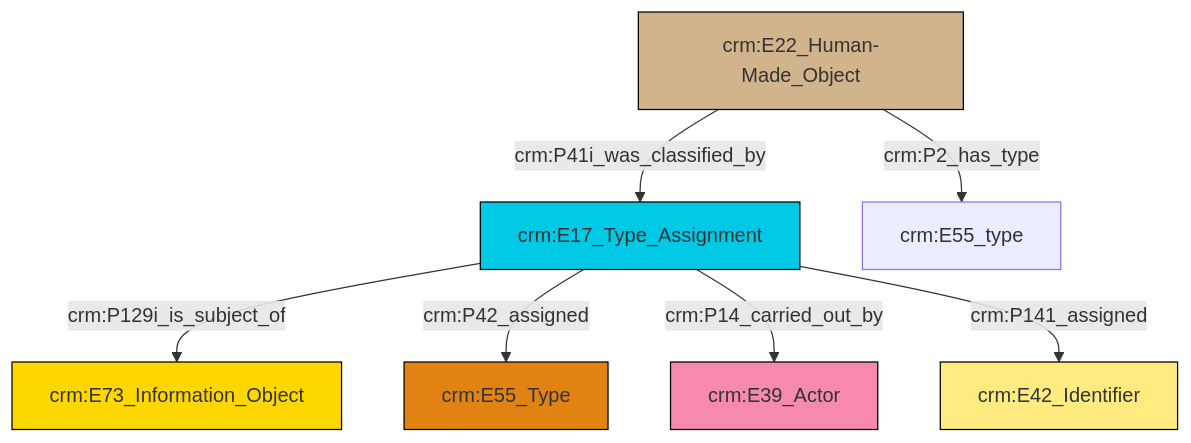
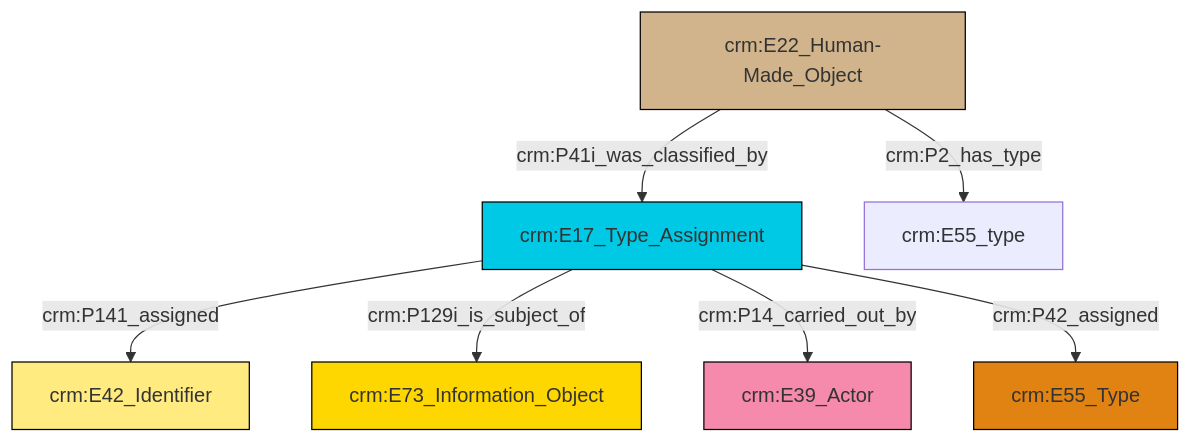
The diagram in et/builtWorkCSV/ttl/mmd/Built_Work_designation_status.ttl.mmd (swiss-art-research-net/reference-data-models), drawn with Mermaid before and after one commit. The commit also changed 124 other files, not shown here.

```diff
--- a/et/builtWorkCSV/ttl/mmd/Built_Work_designation_status.ttl.mmd
+++ b/et/builtWorkCSV/ttl/mmd/Built_Work_designation_status.ttl.mmd
@@ -1,21 +1,21 @@
 graph TD
 classDef Literal fill:#f2f2f2,stroke:#000000;
 classDef CRM_Entity fill:#FFFFFF,stroke:#000000;
 classDef Temporal_Entity fill:#00C9E6, stroke:#000000;
 classDef Type fill:#E18312, stroke:#000000;
 classDef Time-Span fill:#2C9C91, stroke:#000000;
 classDef Appellation fill:#FFEB7F, stroke:#000000;
 classDef Place fill:#008836, stroke:#000000;
 classDef Persistent_Item fill:#B266B2, stroke:#000000;
 classDef Conceptual_Object fill:#FFD700, stroke:#000000;
 classDef Physical_Thing fill:#D2B48C, stroke:#000000;
 classDef Actor fill:#f58aad, stroke:#000000;
 classDef PC_Classes fill:#4ce600, stroke:#000000;
 classDef Multi fill:#cccccc,stroke:#000000;
 
-2["crm:E17_Type_Assignment"]:::Temporal_Entity -->|crm:P129i_is_subject_of| 3["crm:E73_Information_Object"]:::Conceptual_Object
-2["crm:E17_Type_Assignment"]:::Temporal_Entity -->|crm:P42_assigned| 0["crm:E55_Type"]:::Type
-7["crm:E22_Human-Made_Object"]:::Physical_Thing -->|crm:P41i_was_classified_by| 2["crm:E17_Type_Assignment"]:::Temporal_Entity
-2["crm:E17_Type_Assignment"]:::Temporal_Entity -->|crm:P14_carried_out_by| 11["crm:E39_Actor"]:::Actor
-7["crm:E22_Human-Made_Object"]:::Physical_Thing -->|crm:P2_has_type| 9["crm:E55_type"]:::Default
-2["crm:E17_Type_Assignment"]:::Temporal_Entity -->|crm:P141_assigned| 5["crm:E42_Identifier"]:::Appellation
+2["crm:E22_Human-Made_Object"]:::Physical_Thing -->|crm:P41i_was_classified_by| 0["crm:E17_Type_Assignment"]:::Temporal_Entity
+0["crm:E17_Type_Assignment"]:::Temporal_Entity -->|crm:P141_assigned| 3["crm:E42_Identifier"]:::Appellation
+0["crm:E17_Type_Assignment"]:::Temporal_Entity -->|crm:P129i_is_subject_of| 5["crm:E73_Information_Object"]:::Conceptual_Object
+0["crm:E17_Type_Assignment"]:::Temporal_Entity -->|crm:P14_carried_out_by| 6["crm:E39_Actor"]:::Actor
+0["crm:E17_Type_Assignment"]:::Temporal_Entity -->|crm:P42_assigned| 9["crm:E55_Type"]:::Type
+2["crm:E22_Human-Made_Object"]:::Physical_Thing -->|crm:P2_has_type| 7["crm:E55_type"]:::Default
```
